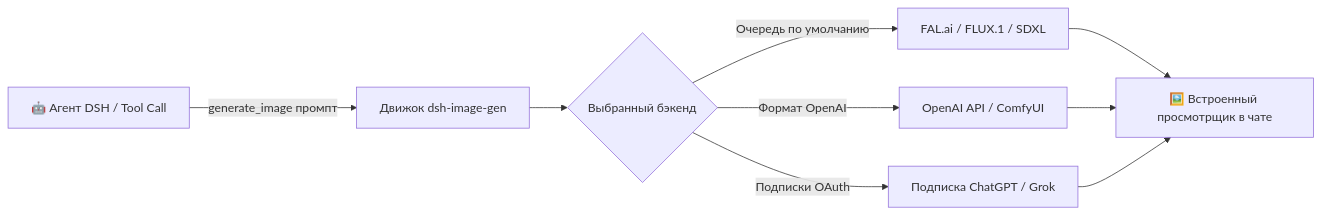
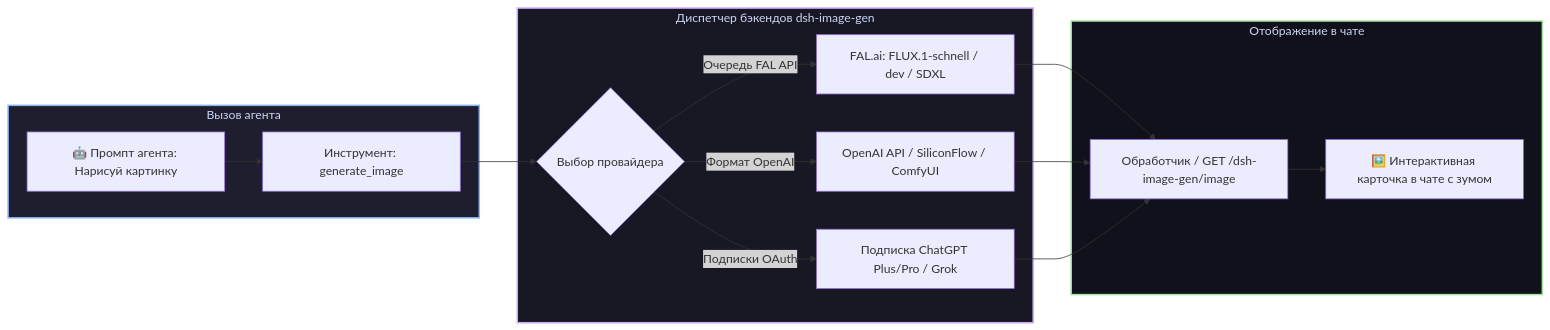
Before and after one commit to GooDAnDReaDY/dsh-image-gen: the diagram in README.ru.md, drawn with Mermaid. The commit also changed other lines of this file and 2 other files, not shown here.

Commit message:
docs: expand dsh-image-gen with full multi-backend architecture, delivery modes & parameter tables

````diff
--- a/README.ru.md
+++ b/README.ru.md
@@ -28,13 +28,24 @@
 ```mermaid
 graph LR
-    Agent[🤖 Агент DSH / Tool Call] -->|generate_image промпт| Plugin[Движок dsh-image-gen]
-    Plugin --> Switch{Выбранный бэкенд}
-    
-    Switch -->|Очередь по умолчанию| FAL[FAL.ai / FLUX.1 / SDXL]
-    Switch -->|Формат OpenAI| Custom[OpenAI API / ComfyUI]
-    Switch -->|Подписки OAuth| Codex[Подписка ChatGPT / Grok]
-    
-    FAL --> Viewer[🖼️ Встроенный просмотрщик в чате]
-    Custom --> Viewer
-    Codex --> Viewer
+    subgraph Trigger [Вызов агента]
+        Agent[🤖 Промпт агента: Нарисуй картинку] --> ToolCall[Инструмент: generate_image]
+    end
+
+    subgraph Dispatcher [Диспетчер бэкендов dsh-image-gen]
+        ToolCall --> Router{Выбор провайдера}
+        Router -->|Очередь FAL API| FAL[FAL.ai: FLUX.1-schnell / dev / SDXL]
+        Router -->|Формат OpenAI| Custom[OpenAI API / SiliconFlow / ComfyUI]
+        Router -->|Подписки OAuth| Codex[Подписка ChatGPT Plus/Pro / Grok]
+    end
+
+    subgraph Delivery [Отображение в чате]
+        FAL --> Handler[Обработчик / GET /dsh-image-gen/image]
+        Custom --> Handler
+        Codex --> Handler
+        Handler --> Viewer[🖼️ Интерактивная карточка в чате с зумом]
+    end
+
+    style Trigger fill:#1e1e2e,stroke:#89b4fa,stroke-width:2px,color:#cdd6f4
+    style Dispatcher fill:#181825,stroke:#cba6f7,stroke-width:2px,color:#cdd6f4
+    style Delivery fill:#11111b,stroke:#a6e3a1,stroke-width:2px,color:#cdd6f4
 ```
````
